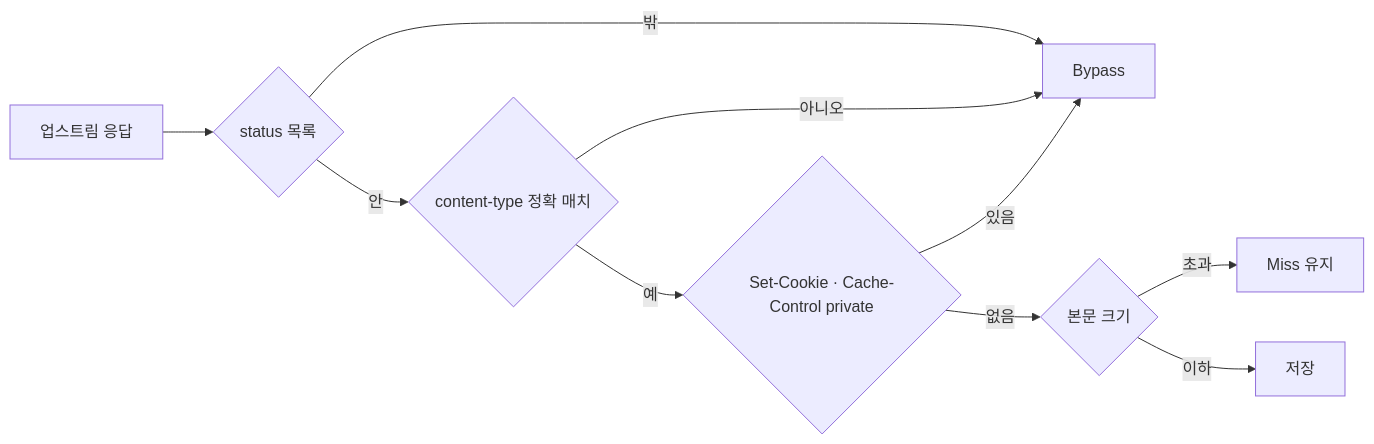
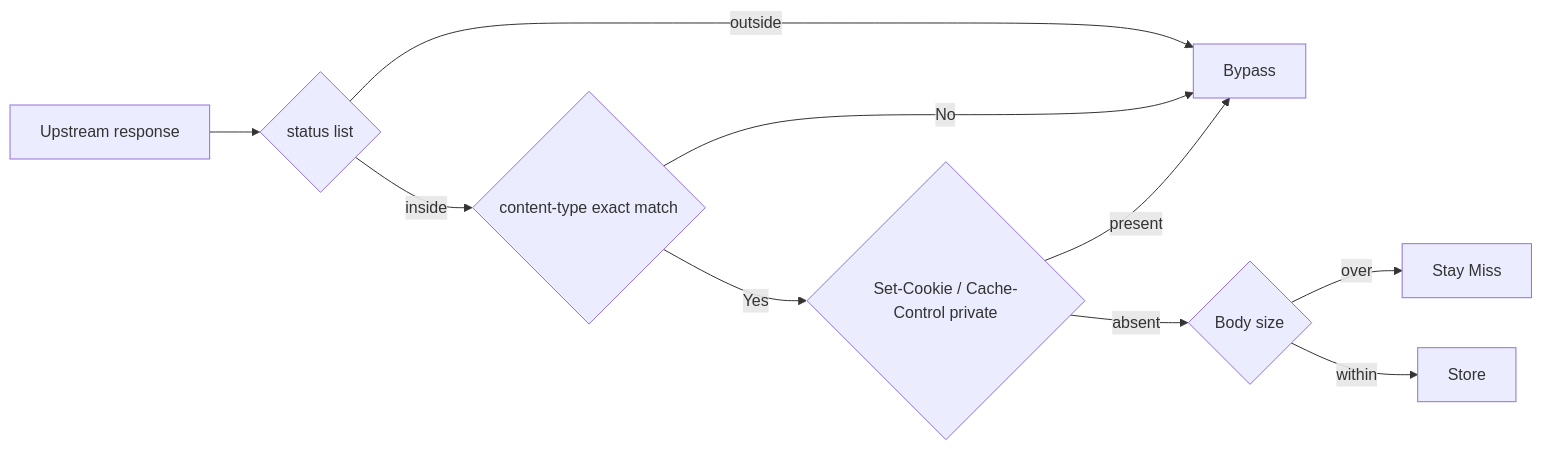
One commit to unchartedsky/sonic-boom changed the second of 2 diagrams in docs/how-it-works.md. Above: the diagram before and after it, drawn with Mermaid. The commit also changed other lines of this file and 9 other files, not shown here.

````diff
--- a/docs/how-it-works.md
+++ b/docs/how-it-works.md
@@ -52,12 +52,12 @@
 ```mermaid
 flowchart LR
-    r[업스트림 응답] --> s{status 목록}
-    s -->|밖| by[Bypass]
-    s -->|안| ct{content-type 정확 매치}
-    ct -->|아니오| by
-    ct -->|예| h{Set-Cookie · Cache-Control private}
-    h -->|있음| by
-    h -->|없음| b{본문 크기}
-    b -->|초과| miss[Miss 유지]
-    b -->|이하| st[저장]
+    r[Upstream response] --> s{status list}
+    s -->|outside| by[Bypass]
+    s -->|inside| ct{content-type exact match}
+    ct -->|No| by
+    ct -->|Yes| h{Set-Cookie / Cache-Control private}
+    h -->|present| by
+    h -->|absent| b{Body size}
+    b -->|over| miss[Stay Miss]
+    b -->|within| st[Store]
 ```
````
